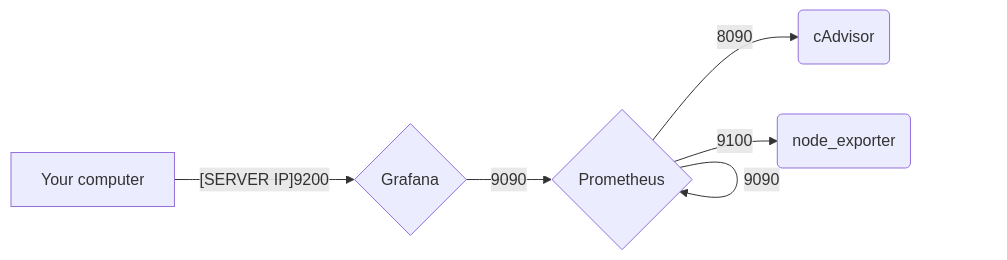
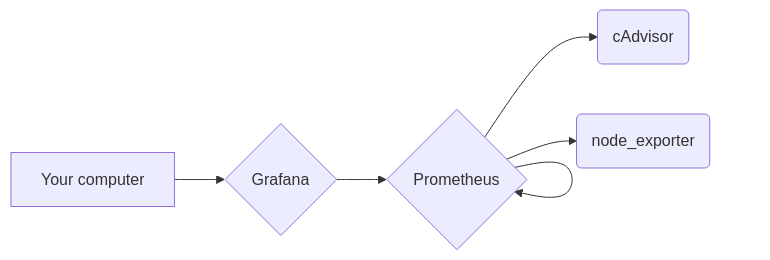
Before and after one commit to YR72dpi/debianMonitoring: the diagram in README.md, drawn with Mermaid.

Commit message:
fix: mermaid error

````diff
--- a/README.md
+++ b/README.md
@@ -13,14 +13,14 @@
 ```mermaid
 graph LR;
 grafana{Grafana};
 prometheus{Prometheus};
 cAdvisor(cAdvisor);
 node_exporter(node_exporter);
 computer[Your computer];
 
-prometheus --8090--> cAdvisor;
-prometheus --9100--> node_exporter;
-prometheus --9090--> prometheus;
-grafana --9090--> prometheus;
-computer --[SERVER IP]9200--> grafana;
+prometheus --> cAdvisor;
+prometheus --> node_exporter;
+prometheus --> prometheus;
+grafana --> prometheus;
+computer --> grafana;
 ```
````
